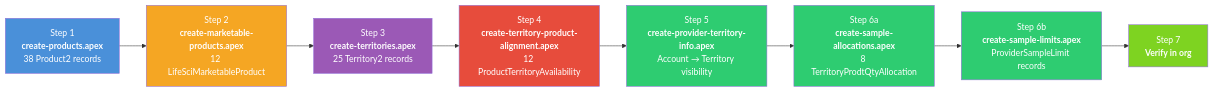
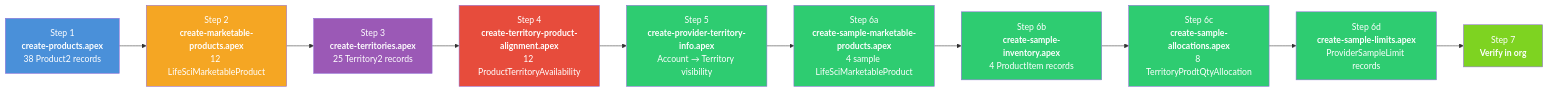
One commit to afls-ideas/Multi-Country-Brand-Setup changed the first of 5 diagrams in README-04-Data-Loading-Scripts.md. Above: the diagram before and after it, drawn with Mermaid. The commit also changed other lines of this file and 5 other files, not shown here.

First line of the commit message:
Fix samples not appearing: add sample marketable products, inventory, and SOQL docs

````diff
--- a/README-04-Data-Loading-Scripts.md
+++ b/README-04-Data-Loading-Scripts.md
@@ -7,19 +7,23 @@
 ```mermaid
 flowchart LR
     S1["Step 1<br/><b>create-products.apex</b><br/>38 Product2 records"] --> S2["Step 2<br/><b>create-marketable-products.apex</b><br/>12 LifeSciMarketableProduct"]
     S2 --> S3["Step 3<br/><b>create-territories.apex</b><br/>25 Territory2 records"]
     S3 --> S4["Step 4<br/><b>create-territory-product-alignment.apex</b><br/>12 ProductTerritoryAvailability"]
     S4 --> S5["Step 5<br/><b>create-provider-territory-info.apex</b><br/>Account → Territory visibility"]
-    S5 --> S6a["Step 6a<br/><b>create-sample-allocations.apex</b><br/>8 TerritoryProdtQtyAllocation"]
-    S6a --> S6b["Step 6b<br/><b>create-sample-limits.apex</b><br/>ProviderSampleLimit records"]
-    S6b --> S7["Step 7<br/><b>Verify in org</b>"]
+    S5 --> S6a["Step 6a<br/><b>create-sample-marketable-products.apex</b><br/>4 sample LifeSciMarketableProduct"]
+    S6a --> S6b["Step 6b<br/><b>create-sample-inventory.apex</b><br/>4 ProductItem records"]
+    S6b --> S6c["Step 6c<br/><b>create-sample-allocations.apex</b><br/>8 TerritoryProdtQtyAllocation"]
+    S6c --> S6d["Step 6d<br/><b>create-sample-limits.apex</b><br/>ProviderSampleLimit records"]
+    S6d --> S7["Step 7<br/><b>Verify in org</b>"]
 
     style S1 fill:#4a90d9,color:#fff
     style S2 fill:#f5a623,color:#fff
     style S3 fill:#9b59b6,color:#fff
     style S4 fill:#e74c3c,color:#fff
     style S5 fill:#2ecc71,color:#fff
     style S6a fill:#2ecc71,color:#fff
     style S6b fill:#2ecc71,color:#fff
+    style S6c fill:#2ecc71,color:#fff
+    style S6d fill:#2ecc71,color:#fff
     style S7 fill:#7ed321,color:#fff
 ```
````
